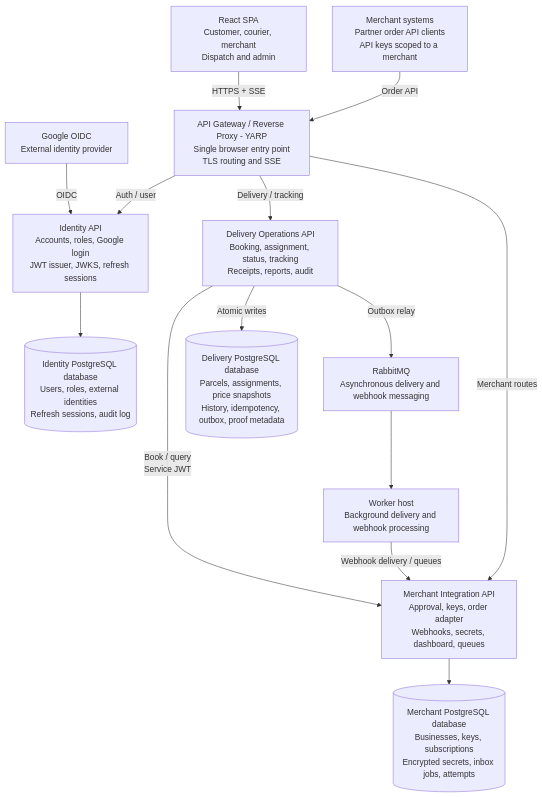
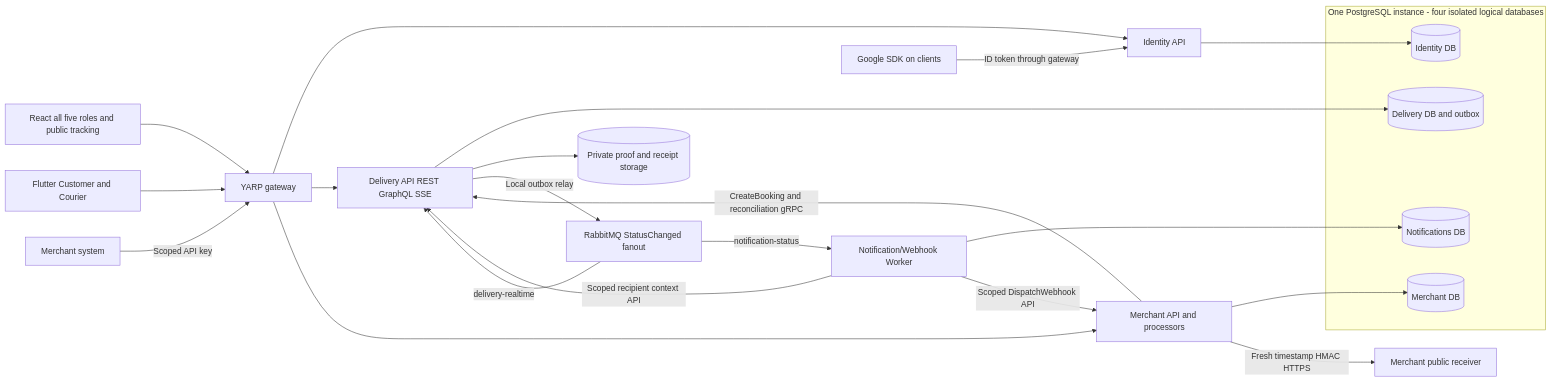
Before and after one commit to SwiftDrop-Group09/swiftdrop-docs: the diagram in design/diagrams/architecture/architecture.md, drawn with Mermaid. The commit also changed other lines of this file and 56 other files, not shown here.

Commit message:
docs: revise and export required workflow diagrams

````diff
--- a/design/diagrams/architecture/architecture.md
+++ b/design/diagrams/architecture/architecture.md
@@ -120,33 +9,28 @@
 ```mermaid
-flowchart TB
-    google[Google OIDC\nExternal identity provider]
-    react[React SPA\nCustomer, courier, merchant\nDispatch and admin]
-    merchants[Merchant systems\nPartner order API clients\nAPI keys scoped to a merchant]
-
-    gateway[API Gateway / Reverse Proxy - YARP\nSingle browser entry point\nTLS routing and SSE]
-
-    identity[Identity API\nAccounts, roles, Google login\nJWT issuer, JWKS, refresh sessions]
-    delivery[Delivery Operations API\nBooking, assignment, status, tracking\nReceipts, reports, audit]
-    merchant[Merchant Integration API\nApproval, keys, order adapter\nWebhooks, secrets, dashboard, queues]
-
-    identityDb[(Identity PostgreSQL database\nUsers, roles, external identities\nRefresh sessions, audit log)]
-    deliveryDb[(Delivery PostgreSQL database\nParcels, assignments, price snapshots\nHistory, idempotency, outbox, proof metadata)]
-    merchantDb[(Merchant PostgreSQL database\nBusinesses, keys, subscriptions\nEncrypted secrets, inbox jobs, attempts)]
-
-    broker[RabbitMQ\nAsynchronous delivery and webhook messaging]
-    worker[Worker host\nBackground delivery and webhook processing]
-
-    google -->|OIDC| identity
-    react -->|HTTPS + SSE| gateway
-    merchants -->|Order API| gateway
-    gateway -->|Auth / user| identity
-    gateway -->|Delivery / tracking| delivery
-    gateway -->|Merchant routes| merchant
-    delivery -->|Book / query\nService JWT| merchant
-    identity --> identityDb
-    delivery -->|Atomic writes| deliveryDb
-    merchant --> merchantDb
-    delivery -->|Outbox relay| broker
-    broker --> worker
-    worker -->|Webhook delivery / queues| merchant
+flowchart LR
+    R[React all five roles and public tracking] --> G[YARP gateway]
+    F[Flutter Customer and Courier] --> G
+    S[Merchant system] -->|Scoped API key| G
+    G --> I[Identity API]
+    G --> D[Delivery API REST GraphQL SSE]
+    G --> M[Merchant API and processors]
+    I --> IDB[(Identity DB)]
+    D --> DDB[(Delivery DB and outbox)]
+    M --> MDB[(Merchant DB)]
+    M -->|CreateBooking and reconciliation gRPC| D
+    D --> O[(Private proof and receipt storage)]
+    D -->|Local outbox relay| B[RabbitMQ StatusChanged fanout]
+    B -->|notification-status| W[Notification/Webhook Worker]
+    B -->|delivery-realtime| D
+    W --> NDB[(Notifications DB)]
+    W -->|Scoped DispatchWebhook API| M
+    W -->|Scoped recipient context API| D
+    M -->|Fresh timestamp HMAC HTTPS| E[Merchant public receiver]
+    C[Google SDK on clients] -->|ID token through gateway| I
+    subgraph P[One PostgreSQL instance - four isolated logical databases]
+        IDB
+        DDB
+        MDB
+        NDB
+    end
 ```
````
